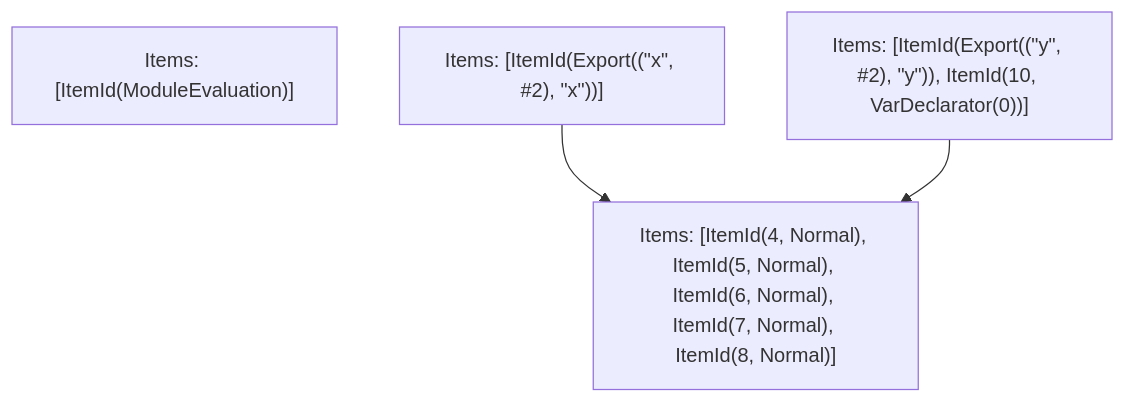
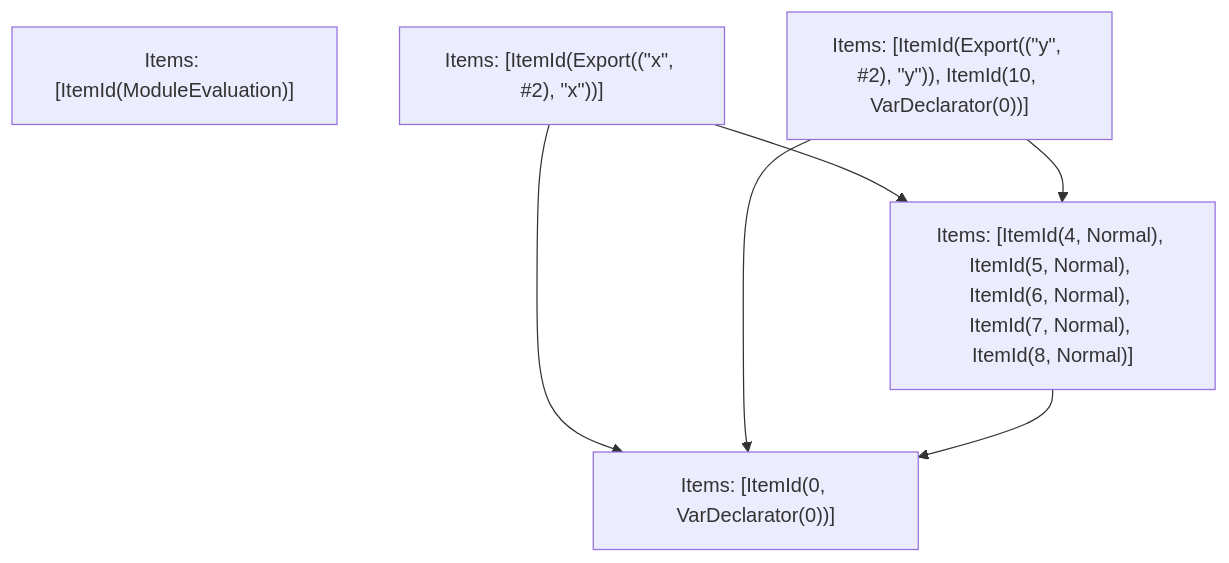
Before and after one commit to vercel/turborepo: the fifth of 5 diagrams in crates/turbopack-ecmascript/tests/tree-shaker/analyzer/grouping/output.md, drawn with Mermaid. The commit also changed other lines of this file and 22 other files, not shown here.

````diff
--- a/crates/turbopack-ecmascript/tests/tree-shaker/analyzer/grouping/output.md
+++ b/crates/turbopack-ecmascript/tests/tree-shaker/analyzer/grouping/output.md
@@ -200,9 +234,13 @@
 ```mermaid
 graph TD
     N0["Items: [ItemId(ModuleEvaluation)]"];
     N1["Items: [ItemId(Export((&quot;x&quot;, #2), &quot;x&quot;))]"];
     N2["Items: [ItemId(Export((&quot;y&quot;, #2), &quot;y&quot;)), ItemId(10, VarDeclarator(0))]"];
-    N3["Items: [ItemId(4, Normal), ItemId(5, Normal), ItemId(6, Normal), ItemId(7, Normal), ItemId(8, Normal)]"];
+    N3["Items: [ItemId(0, VarDeclarator(0))]"];
+    N4["Items: [ItemId(4, Normal), ItemId(5, Normal), ItemId(6, Normal), ItemId(7, Normal), ItemId(8, Normal)]"];
+    N1 --> N4;
     N1 --> N3;
+    N2 --> N4;
     N2 --> N3;
+    N4 --> N3;
 ```
````
